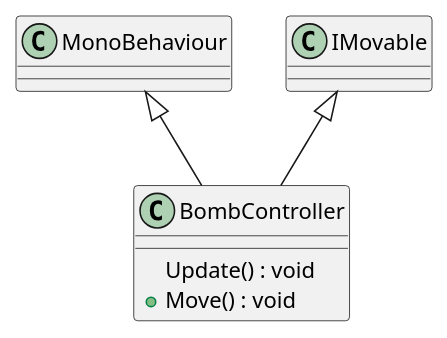
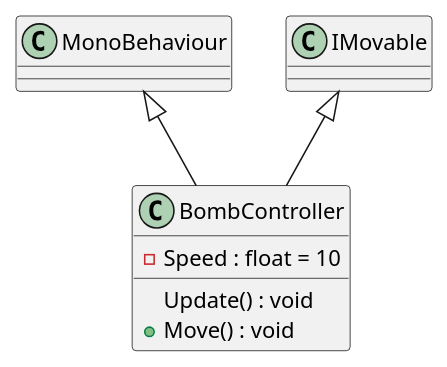
The diagram in Assets/Scripts/plantuml/Bombs/BombController.puml (202004g07/UnityShooting), drawn with PlantUML before and after one commit. The commit also changed 23 other files, not shown here.

```diff
--- a/Assets/Scripts/plantuml/Bombs/BombController.puml
+++ b/Assets/Scripts/plantuml/Bombs/BombController.puml
@@ -1,8 +1,9 @@
 @startuml
 class BombController {
+    - Speed : float = 10
     Update() : void
     + Move() : void
 }
 MonoBehaviour <|-- BombController
 IMovable <|-- BombController
 @enduml
```
